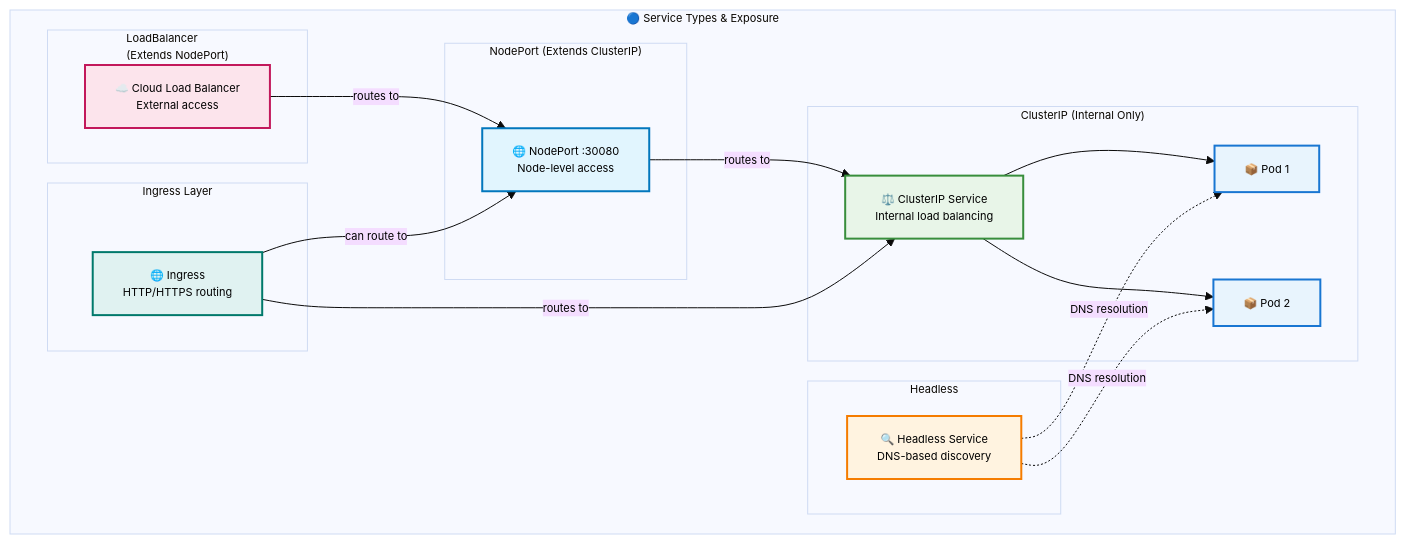
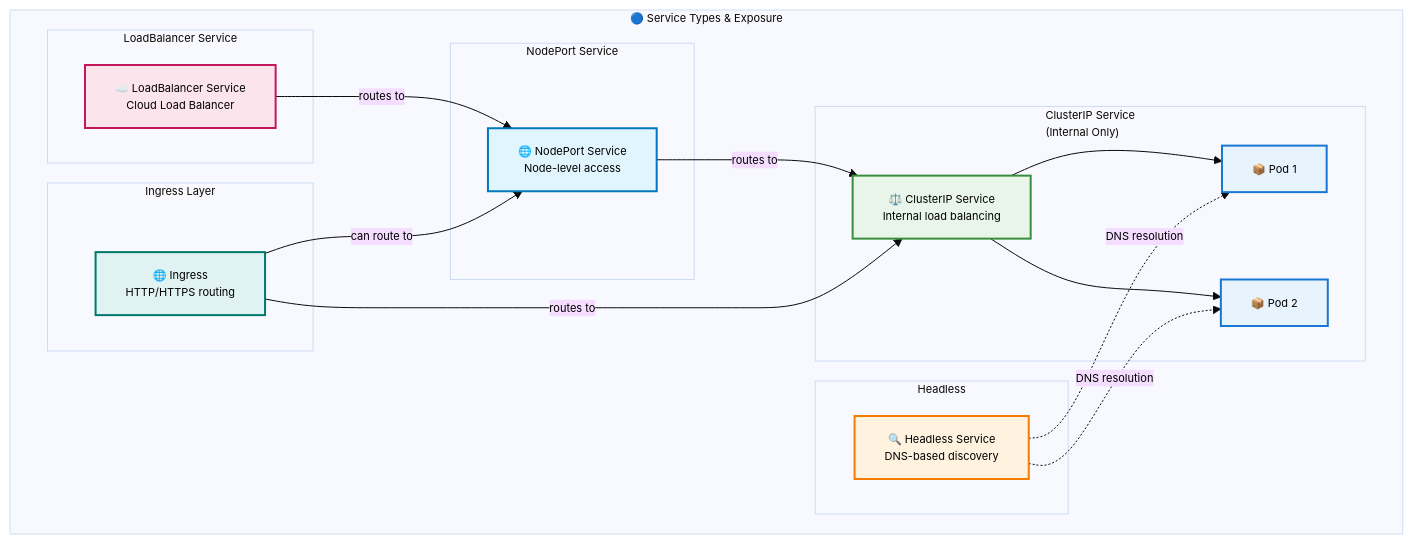
One commit to razkevich/system_design_course changed the fourth of 13 diagrams in 1.4_distributed_systems/kubernetes_resource_hierarchy_guide.md. Above: the diagram before and after it, drawn with Mermaid.

Commit message:
exactly once

````diff
--- a/1.4_distributed_systems/kubernetes_resource_hierarchy_guide.md
+++ b/1.4_distributed_systems/kubernetes_resource_hierarchy_guide.md
@@ -137,48 +137,48 @@
 ```mermaid
 %%{init: {'theme':'base', 'themeVariables': { 'primaryTextColor': '#000', 'fontSize': '11px'}}}%%
 flowchart TD
     subgraph "🔵 Service Types & Exposure"
         
-        subgraph "ClusterIP (Internal Only)"
+        subgraph "ClusterIP Service <br/>(Internal Only)"
             ClusterIP["⚖️ ClusterIP Service<br/>Internal load balancing"]
             ClusterIP --> P1["📦 Pod 1"]
             ClusterIP --> P2["📦 Pod 2"]
         end
         
         subgraph "Headless"
             HeadlessService["🔍 Headless Service<br/>DNS-based discovery"]
         end
         
-        subgraph "NodePort (Extends ClusterIP)"
-            NodePort["🌐 NodePort :30080<br/>Node-level access"]
+        subgraph "NodePort Service"
+            NodePort["🌐 NodePort Service<br/>Node-level access"]
             NodePort -->|"routes to"| ClusterIP
         end
         
-        subgraph "LoadBalancer <br> (Extends NodePort)"
-            LoadBalancer["☁️ Cloud Load Balancer<br/>External access"]
+        subgraph "LoadBalancer Service"
+            LoadBalancer["☁️ LoadBalancer Service<br/>Cloud Load Balancer"]
             LoadBalancer -->|"routes to"| NodePort
         end
         
         subgraph "Ingress Layer"
             IngressRoute["🌐 Ingress<br/>HTTP/HTTPS routing"]
             IngressRoute -->|"routes to"| ClusterIP
             IngressRoute -->|"can route to"| NodePort
         end
         
         subgraph "Headless"
             HeadlessService["🔍 Headless Service<br/>DNS-based discovery"]
         end
         
         %% Headless service references existing pods
         HeadlessService -.->|"DNS resolution"| P1
         HeadlessService -.->|"DNS resolution"| P2
     end
     
     style ClusterIP fill:#e8f5e8,stroke:#388e3c,stroke-width:2px,color:#000
     style NodePort fill:#e1f5fe,stroke:#0277bd,stroke-width:2px,color:#000
     style LoadBalancer fill:#fce4ec,stroke:#c2185b,stroke-width:2px,color:#000
     style HeadlessService fill:#fff3e0,stroke:#f57c00,stroke-width:2px,color:#000
     style IngressRoute fill:#e0f2f1,stroke:#00796b,stroke-width:2px,color:#000
     style P1 fill:#e8f4fd,stroke:#1976d2,stroke-width:2px,color:#000
     style P2 fill:#e8f4fd,stroke:#1976d2,stroke-width:2px,color:#000
 ```
````
